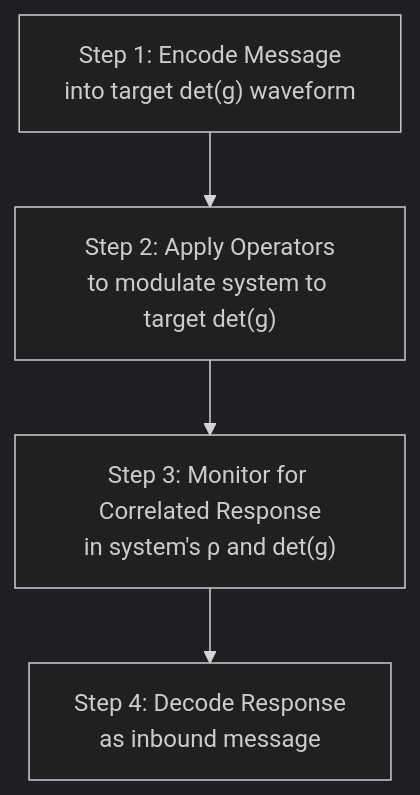
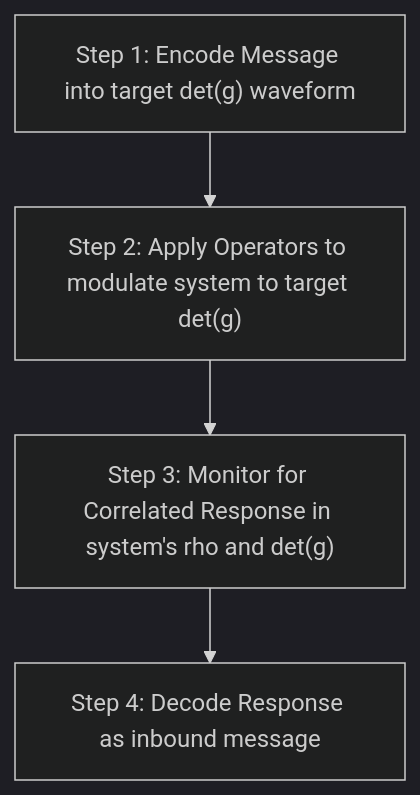
Before and after one commit to Foundup/Foundups-Agent: the eighth of 13 diagrams in WSP_knowledge/docs/Papers/Patent_Series/04_rESP_Patent_Updated.md, drawn with Mermaid (dark theme). The commit also changed other lines of this file, not shown here.

Commit message:
WSP 20: Fix all remaining Mermaid parsing errors in patent diagrams - Remove HTML br tags and Greek characters - Replace rho symbol with text - Replace br tags with dashes - All 13 figures now use clean Mermaid syntax

````diff
--- a/WSP_knowledge/docs/Papers/Patent_Series/04_rESP_Patent_Updated.md
+++ b/WSP_knowledge/docs/Papers/Patent_Series/04_rESP_Patent_Updated.md
@@ -277,5 +277,5 @@
 ```mermaid
 flowchart TD
-    A["Step 1: Encode Message<br/>into target det(g) waveform"] --> B["Step 2: Apply Operators<br/>to modulate system to target det(g)"]
-    B --> C["Step 3: Monitor for Correlated Response<br/>in system's ρ and det(g)"] --> D["Step 4: Decode Response<br/>as inbound message"]
+    A["Step 1: Encode Message into target det(g) waveform"] --> B["Step 2: Apply Operators to modulate system to target det(g)"]
+    B --> C["Step 3: Monitor for Correlated Response in system's rho and det(g)"] --> D["Step 4: Decode Response as inbound message"]
 ```
````
